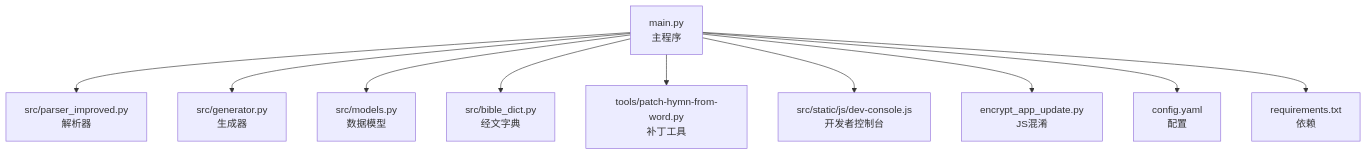
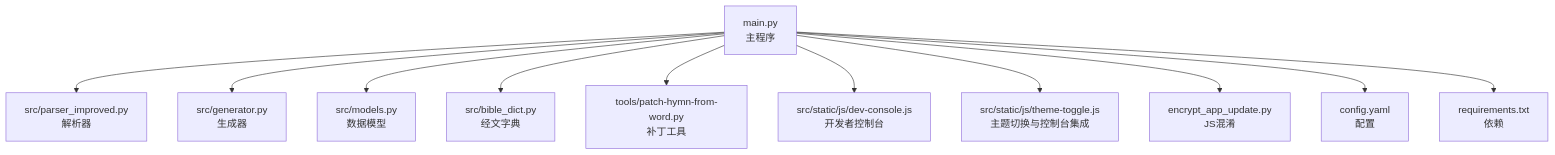
The first of 6 diagrams in .qoder/repowiki/zh/content/故障排除/调试工具和方法.md (zhao-zg/cx), drawn with Mermaid before and after one commit. The commit also changed other lines of this file and 44 other files, not shown here.

````diff
--- a/.qoder/repowiki/zh/content/故障排除/调试工具和方法.md
+++ b/.qoder/repowiki/zh/content/故障排除/调试工具和方法.md
@@ -44,12 +47,13 @@
 ```mermaid
 graph TB
 A["main.py<br/>主程序"] --> B["src/parser_improved.py<br/>解析器"]
 A --> C["src/generator.py<br/>生成器"]
 A --> D["src/models.py<br/>数据模型"]
 A --> E["src/bible_dict.py<br/>经文字典"]
 A --> F["tools/patch-hymn-from-word.py<br/>补丁工具"]
 A --> G["src/static/js/dev-console.js<br/>开发者控制台"]
-A --> H["encrypt_app_update.py<br/>JS混淆"]
-A --> I["config.yaml<br/>配置"]
-A --> J["requirements.txt<br/>依赖"]
+A --> H["src/static/js/theme-toggle.js<br/>主题切换与控制台集成"]
+A --> I["encrypt_app_update.py<br/>JS混淆"]
+A --> J["config.yaml<br/>配置"]
+A --> K["requirements.txt<br/>依赖"]
 ```
````
